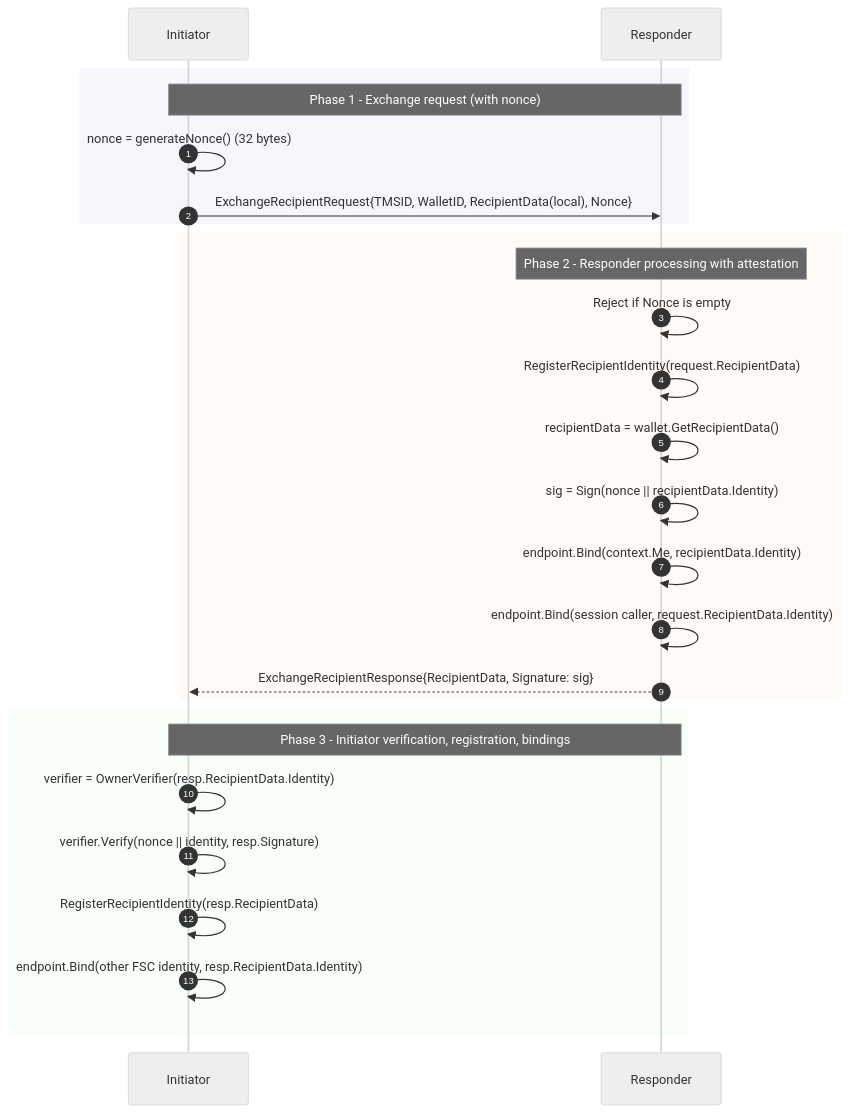
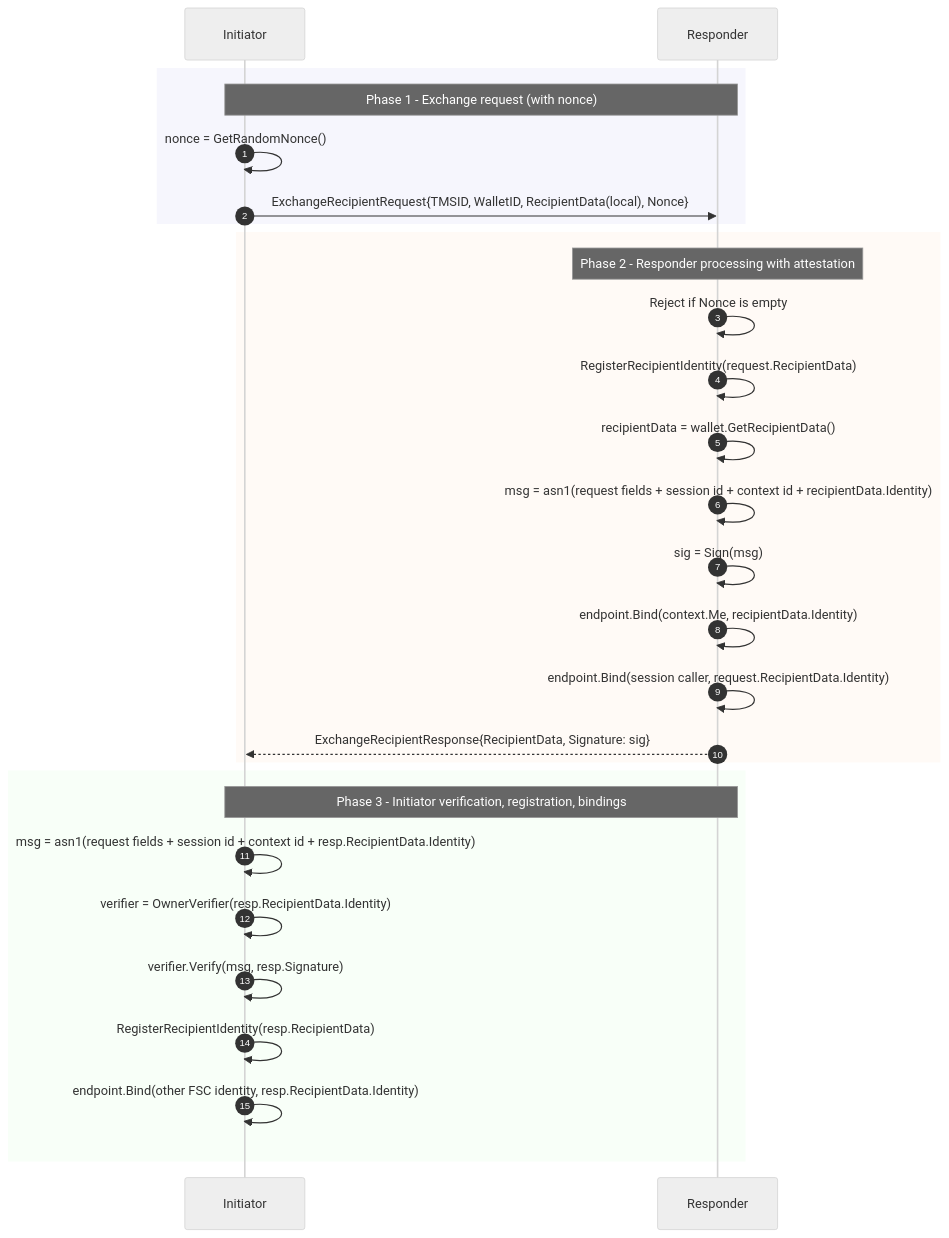
The third of 9 diagrams in docs/services/ttx.md (hyperledger-labs/fabric-token-sdk), drawn with Mermaid (neutral theme) before and after one commit. The commit also changed other lines of this file and 5 other files, not shown here.

First line of the commit message:
feat(ttx): sign request-bound ASN.1 attestation for recipient identities

````diff
--- a/docs/services/ttx.md
+++ b/docs/services/ttx.md
@@ -140,31 +142,33 @@
 ```mermaid
 sequenceDiagram
     autonumber
     participant I as Initiator
     participant R as Responder
 
     rect rgba(230, 230, 250, 0.35)
         Note over I,R: Phase 1 - Exchange request (with nonce)
-        I->>I: nonce = generateNonce() (32 bytes)
+        I->>I: nonce = GetRandomNonce()
         I->>R: ExchangeRecipientRequest{TMSID, WalletID, RecipientData(local), Nonce}
     end
 
     rect rgba(255, 245, 238, 0.5)
         Note over R: Phase 2 - Responder processing with attestation
         R->>R: Reject if Nonce is empty
         R->>R: RegisterRecipientIdentity(request.RecipientData)
         R->>R: recipientData = wallet.GetRecipientData()
-        R->>R: sig = Sign(nonce || recipientData.Identity)
+        R->>R: msg = asn1(request fields + session id + context id + recipientData.Identity)
+        R->>R: sig = Sign(msg)
         R->>R: endpoint.Bind(context.Me, recipientData.Identity)
         R->>R: endpoint.Bind(session caller, request.RecipientData.Identity)
         R-->>I: ExchangeRecipientResponse{RecipientData, Signature: sig}
     end
 
     rect rgba(240, 255, 240, 0.45)
         Note over I,R: Phase 3 - Initiator verification, registration, bindings
+        I->>I: msg = asn1(request fields + session id + context id + resp.RecipientData.Identity)
         I->>I: verifier = OwnerVerifier(resp.RecipientData.Identity)
-        I->>I: verifier.Verify(nonce || identity, resp.Signature)
+        I->>I: verifier.Verify(msg, resp.Signature)
         I->>I: RegisterRecipientIdentity(resp.RecipientData)
         I->>I: endpoint.Bind(other FSC identity, resp.RecipientData.Identity)
     end
 ```
````
